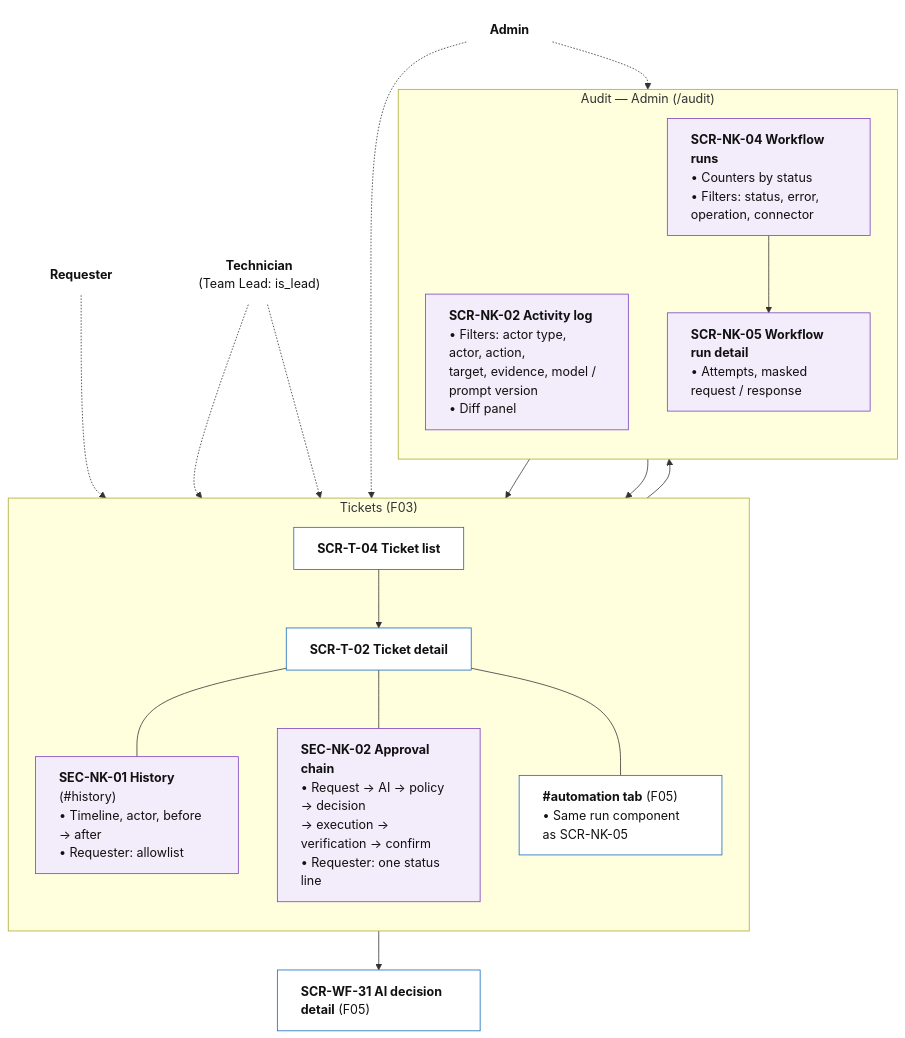
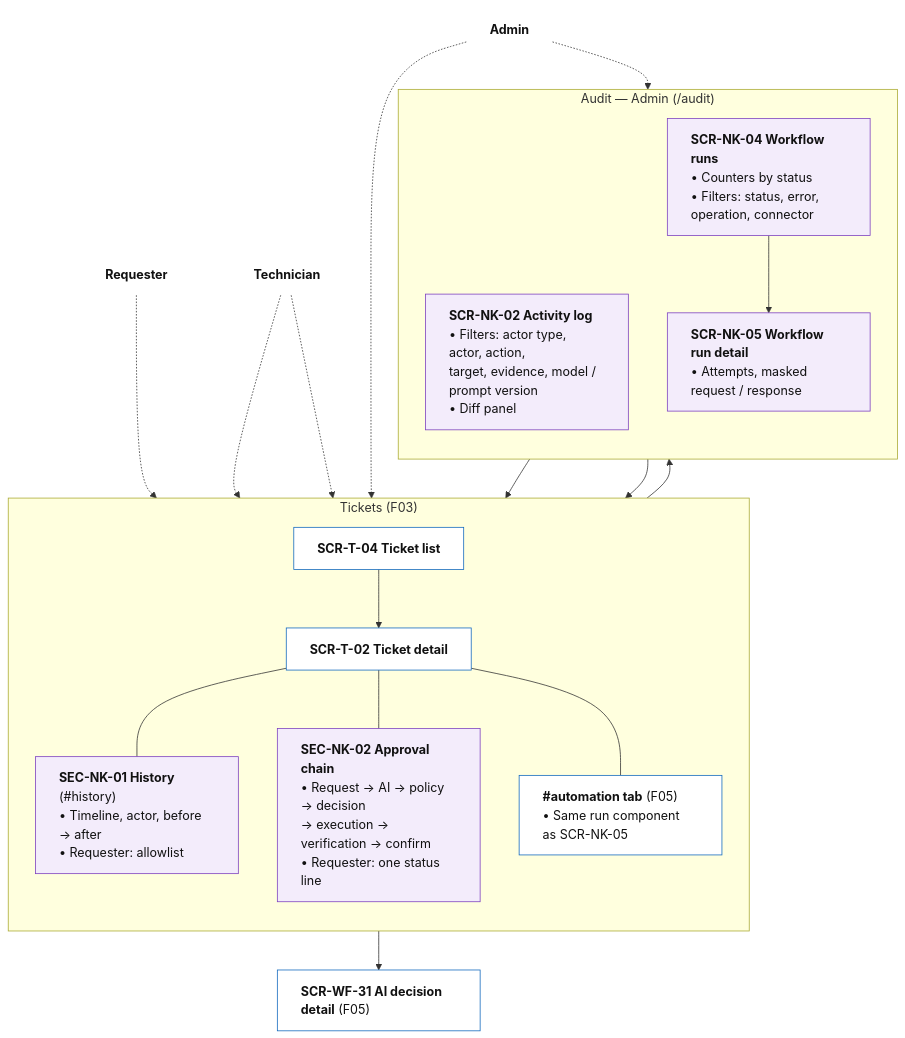
One commit to Akaza-ban/Fable changed the diagram in docs/f08-activity-log/information-architecture/README.md. Above: the diagram before and after it, drawn with Mermaid. The commit also changed other lines of this file and 14 other files, not shown here.

First line of the commit message:
docs(f07, f08): remove Team Lead, triage queue and team workload

````diff
--- a/docs/f08-activity-log/information-architecture/README.md
+++ b/docs/f08-activity-log/information-architecture/README.md
@@ -37,45 +37,45 @@
 ```mermaid
 flowchart TB
     req["<b>Requester</b>"]
-    tech["<b>Technician</b><br/>(Team Lead: is_lead)"]
+    tech["<b>Technician</b>"]
     admin["<b>Admin</b>"]
 
     subgraph tickets["Tickets (F03)"]
         direction TB
         t04["<b>SCR-T-04 Ticket list</b>"]
         t02["<b>SCR-T-02 Ticket detail</b>"]
         h["<b>SEC-NK-01 History</b> (#history)<br/>• Timeline, actor, before → after<br/>• Requester: allowlist"]
         ap["<b>SEC-NK-02 Approval chain</b><br/>• Request → AI → policy → decision<br/>→ execution → verification → confirm<br/>• Requester: one status line"]
         auto["<b>#automation tab</b> (F05)<br/>• Same run component as SCR-NK-05"]
     end
 
     subgraph audit["Audit — Admin (/audit)"]
         direction TB
         n02["<b>SCR-NK-02 Activity log</b><br/>• Filters: actor type, actor, action,<br/>target, evidence, model / prompt version<br/>• Diff panel"]
         n04["<b>SCR-NK-04 Workflow runs</b><br/>• Counters by status<br/>• Filters: status, error, operation, connector"]
         n05["<b>SCR-NK-05 Workflow run detail</b><br/>• Attempts, masked request / response"]
     end
 
     wf31["<b>SCR-WF-31 AI decision detail</b> (F05)"]
 
     t04 --> t02
     t02 --- h & ap & auto
     n04 --> n05
     n05 --> t02
     ap --> wf31
     h --> n05
     n02 --> t02
 
     req -.-> t02
     tech -.-> t04
     tech -.-> t02
     admin -.-> tickets
     admin -.-> audit
 
     classDef actor fill:none,stroke:none,color:#111
     classDef host fill:#fff,color:#111,stroke:#1168bd,text-align:left
     classDef nk fill:#f3ecfb,color:#111,stroke:#7b3fbf,text-align:left
     class req,tech,admin actor
     class t04,t02,auto,wf31 host
     class h,ap,n02,n04,n05 nk
 ```
````
